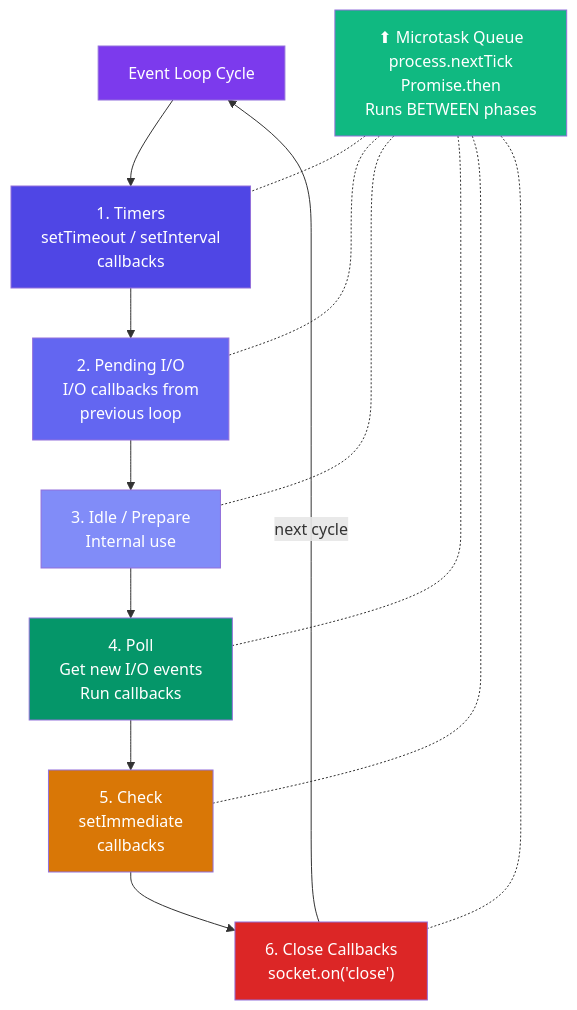
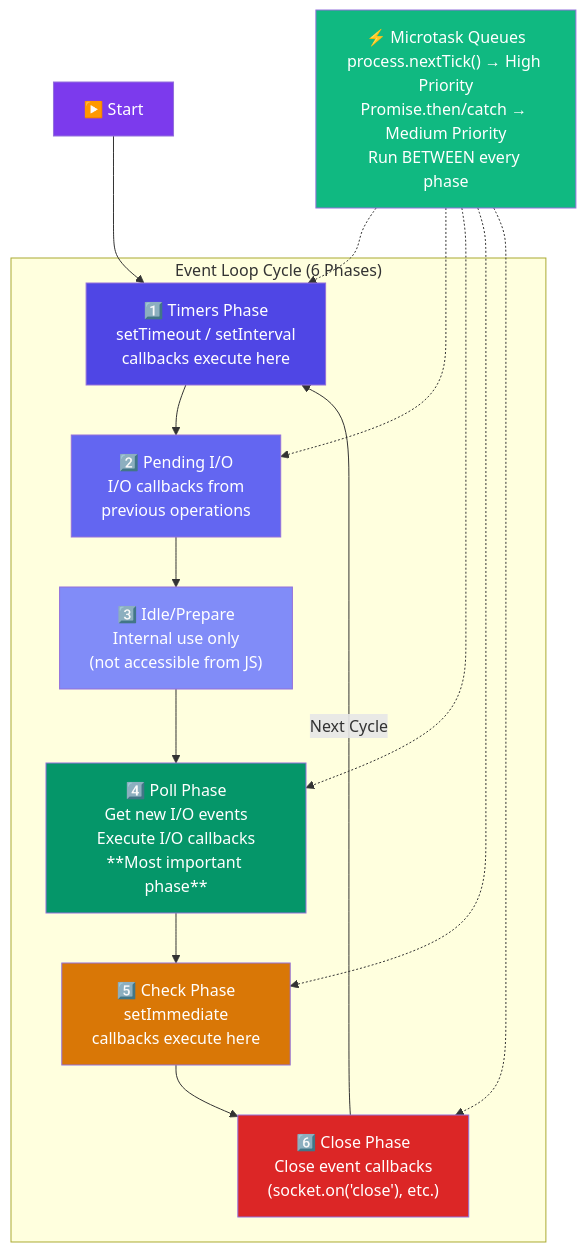
The second of 4 diagrams in dsa-docs/src/content/docs/nodejs/fundamentals/architecture.md (prathameshp107/Astro-Docs-Sitre), drawn with Mermaid before and after one commit. The commit also changed other lines of this file and 50 other files, not shown here.

````diff
--- a/dsa-docs/src/content/docs/nodejs/fundamentals/architecture.md
+++ b/dsa-docs/src/content/docs/nodejs/fundamentals/architecture.md
@@ -70,26 +181,33 @@
 ```mermaid
 flowchart TB
-    Loop["Event Loop Cycle"] --> Timers["1. Timers\nsetTimeout / setInterval\ncallbacks"]
-    Timers --> Pending["2. Pending I/O\nI/O callbacks from\nprevious loop"]
-    Pending --> Idle["3. Idle / Prepare\nInternal use"]
-    Idle --> Poll["4. Poll\nGet new I/O events\nRun callbacks"]
-    Poll --> Check["5. Check\nsetImmediate\ncallbacks"]
-    Check --> Close["6. Close Callbacks\nsocket.on('close')"]
-    Close -->|"next cycle"| Loop
+    Start["▶️ Start"] --> Timers
     
-    Micro["⬆ Microtask Queue\nprocess.nextTick\nPromise.then\nRuns BETWEEN phases"] -.- Timers
-    Micro -.- Pending
-    Micro -.- Idle
-    Micro -.- Poll
-    Micro -.- Check
-    Micro -.- Close
-    
-    style Loop fill:#7c3aed,color:#fff
+    subgraph Phases["Event Loop Cycle (6 Phases)"]
+        Timers["1️⃣ Timers Phase\nsetTimeout / setInterval\ncallbacks execute here"]
+        Pending["2️⃣ Pending I/O\nI/O callbacks from\nprevious operations"]
+        Idle["3️⃣ Idle/Prepare\nInternal use only\n(not accessible from JS)"]
+        Poll["4️⃣ Poll Phase\nGet new I/O events\nExecute I/O callbacks\n**Most important phase**"]
+        Check["5️⃣ Check Phase\nsetImmediate\ncallbacks execute here"]
+        Close["6️⃣ Close Phase\nClose event callbacks\n(socket.on('close'), etc.)"]
+    end
+
+    Timers --> Pending --> Idle --> Poll --> Check --> Close
+    Close -->|"Next Cycle"| Timers
+
+    Microtasks["⚡ Microtask Queues\nprocess.nextTick() → High Priority\nPromise.then/catch → Medium Priority\nRun BETWEEN every phase"]
+
+    Microtasks -.-> Timers
+    Microtasks -.-> Pending
+    Microtasks -.-> Poll
+    Microtasks -.-> Check
+    Microtasks -.-> Close
+
     style Timers fill:#4f46e5,color:#fff
     style Pending fill:#6366f1,color:#fff
     style Idle fill:#818cf8,color:#fff
     style Poll fill:#059669,color:#fff
     style Check fill:#d97706,color:#fff
     style Close fill:#dc2626,color:#fff
-    style Micro fill:#10b981,color:#fff
+    style Microtasks fill:#10b981,color:#fff
+    style Start fill:#7c3aed,color:#fff
 ```
````
